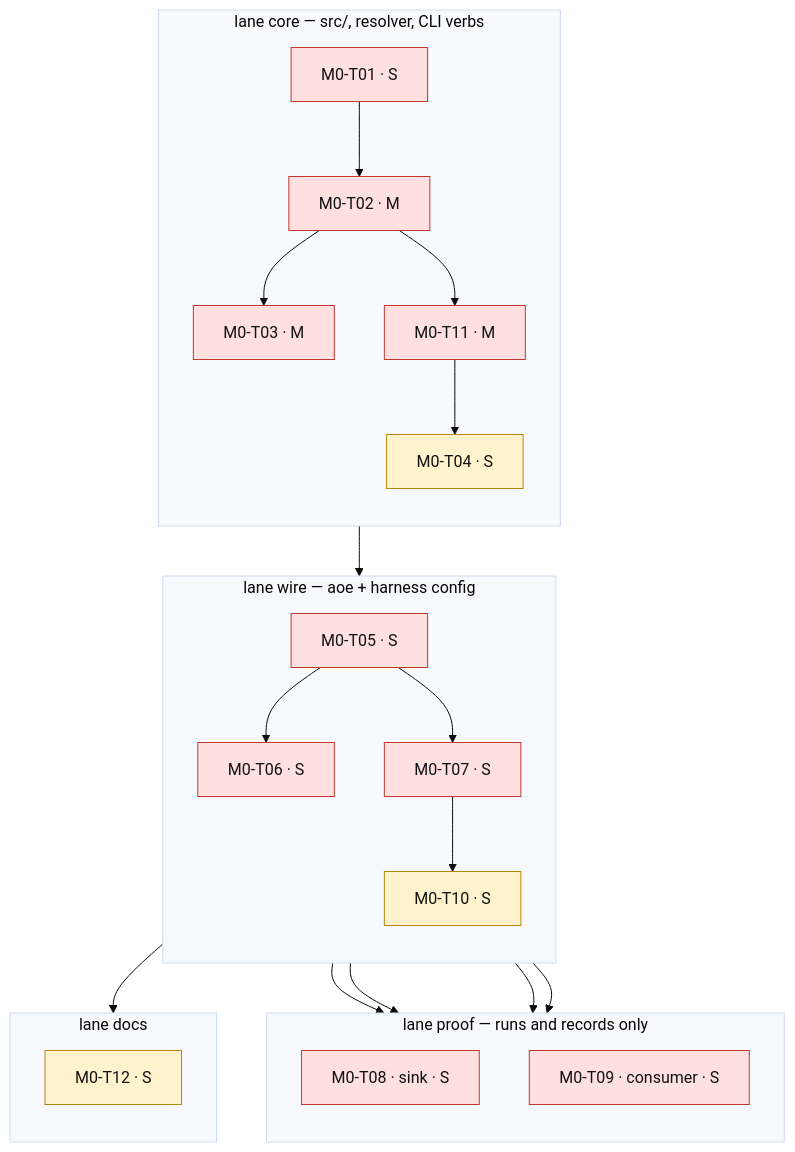
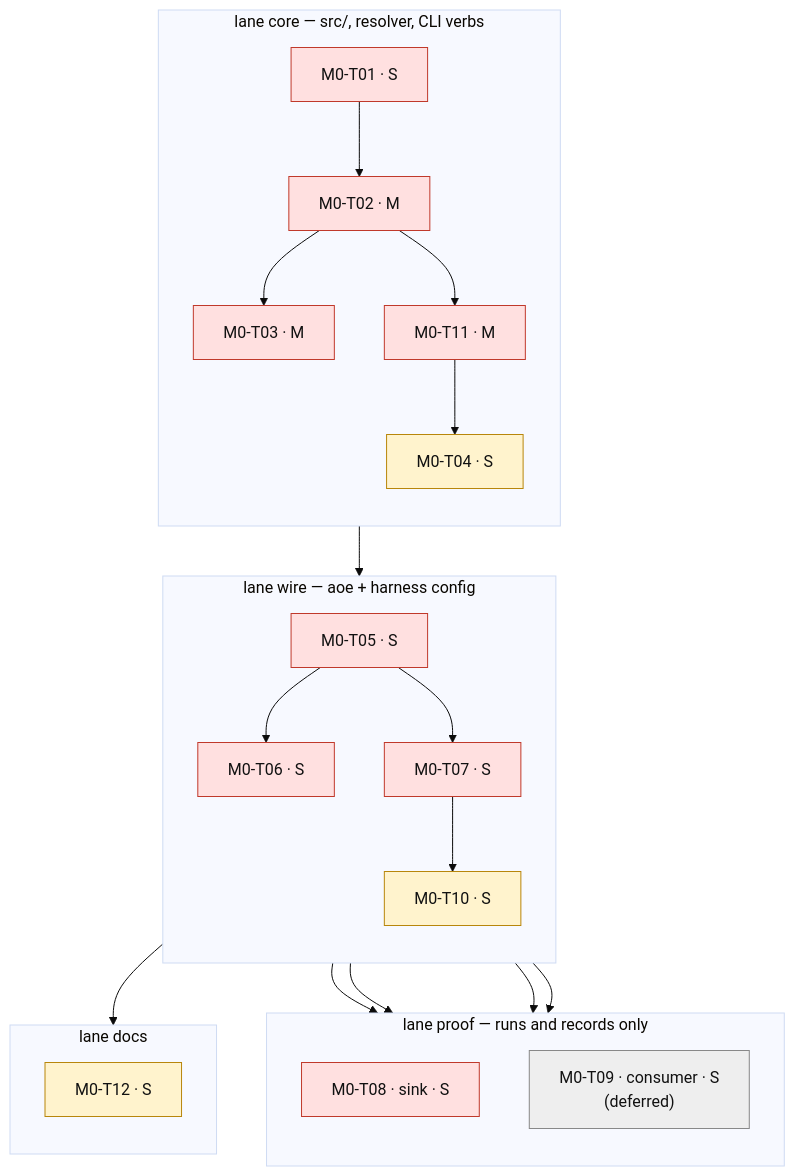
One commit to oozut/agent-of-empires-tags-plugin changed the seventh of 8 diagrams in plan/graph.md. Above: the diagram before and after it, drawn with Mermaid (base theme). The commit also changed other lines of this file and 14 other files, not shown here.

````diff
--- a/plan/graph.md
+++ b/plan/graph.md
@@ -214,35 +216,36 @@
 ```mermaid
 flowchart TB
     subgraph core["lane core — src/, resolver, CLI verbs"]
         direction TB
         T01["M0-T01 · S"]:::p0 --> T02["M0-T02 · M"]:::p0
         T02 --> T03["M0-T03 · M"]:::p0
         T02 --> T11["M0-T11 · M"]:::p0
         T11 --> T04["M0-T04 · S"]:::p1
     end
     subgraph wire["lane wire — aoe + harness config"]
         direction TB
         T05["M0-T05 · S"]:::p0 --> T06["M0-T06 · S"]:::p0
         T05 --> T07["M0-T07 · S"]:::p0
         T07 --> T10["M0-T10 · S"]:::p1
     end
     subgraph proof["lane proof — runs and records only"]
         direction TB
         T08["M0-T08 · sink · S"]:::p0
-        T09["M0-T09 · consumer · S"]:::p0
+        T09["M0-T09 · consumer · S<br/>(deferred)"]:::p2
     end
     subgraph docs["lane docs"]
         direction TB
         T12["M0-T12 · S"]:::p1
     end
 
     T02 --> T05
     T06 --> T08
     T06 --> T09
     T07 --> T08
     T07 --> T09
     T05 --> T12
 
     classDef p0 fill:#ffe0e0,stroke:#c0392b,color:#111
     classDef p1 fill:#fff3cd,stroke:#b8860b,color:#111
+    classDef p2 fill:#eeeeee,stroke:#888,color:#111
 ```
````
